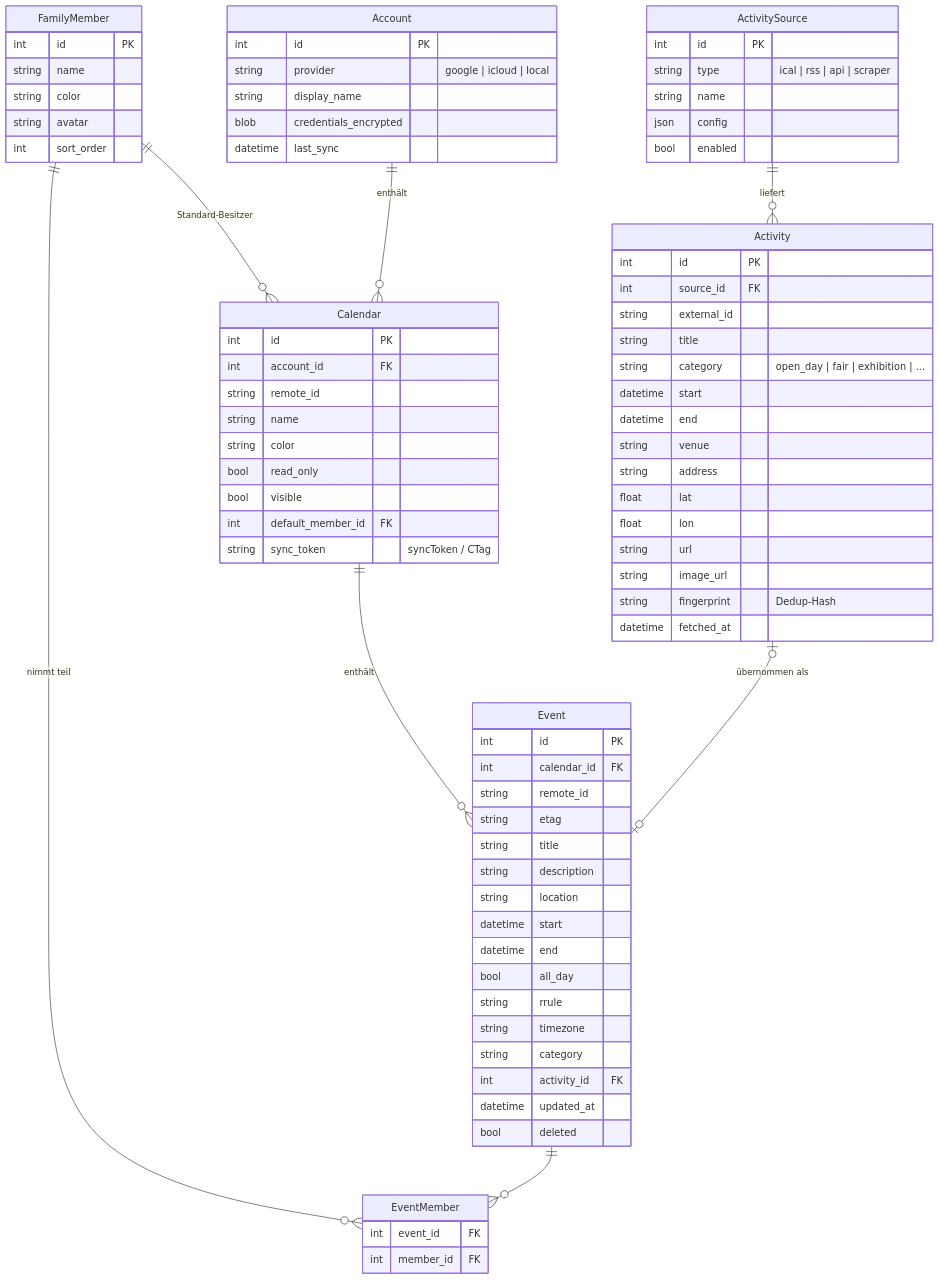
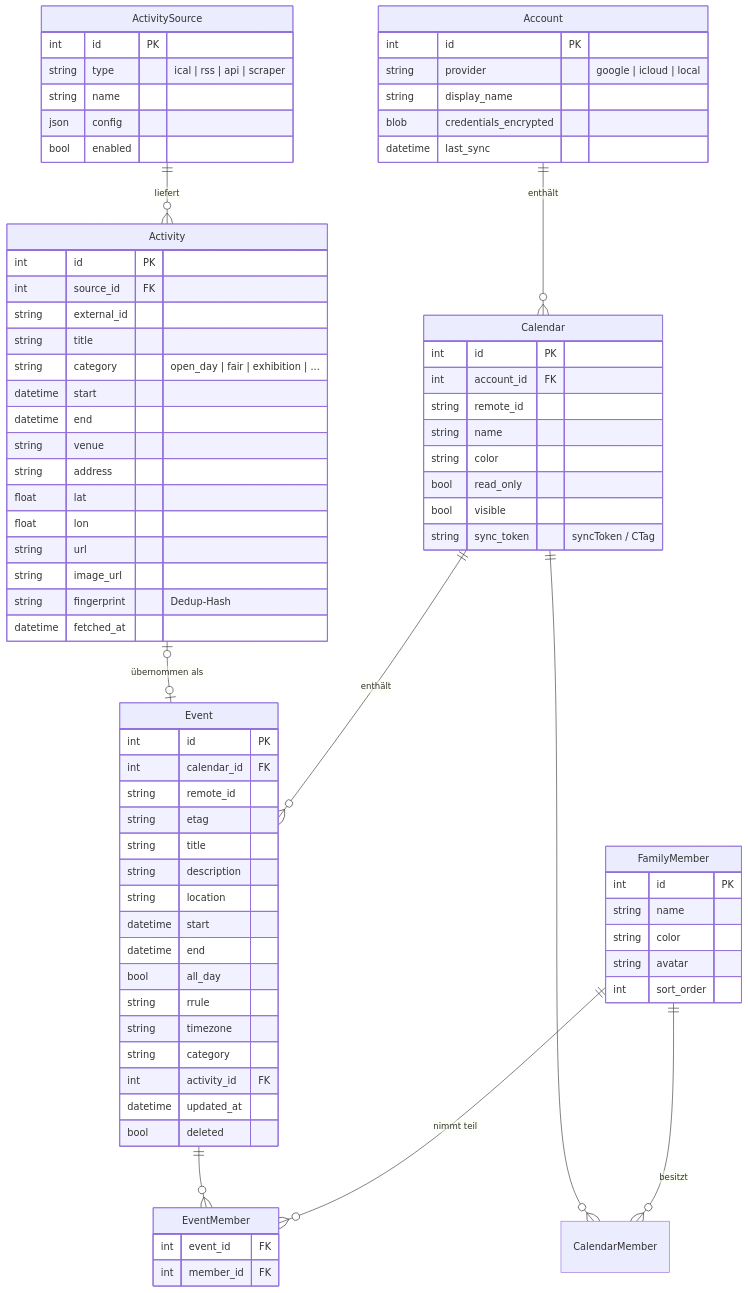
The second of 4 diagrams in familienplaner/docs/ARCHITECTURE.md (VitusM123/VitusM123), drawn with Mermaid before and after one commit. The commit also changed other lines of this file and 22 other files, not shown here.

````diff
--- a/familienplaner/docs/ARCHITECTURE.md
+++ b/familienplaner/docs/ARCHITECTURE.md
@@ -196,82 +196,82 @@
 ```mermaid
 erDiagram
     FamilyMember ||--o{ EventMember : "nimmt teil"
     Event ||--o{ EventMember : ""
     Account ||--o{ Calendar : "enthält"
     Calendar ||--o{ Event : "enthält"
-    FamilyMember ||--o{ Calendar : "Standard-Besitzer"
+    FamilyMember ||--o{ CalendarMember : "besitzt"
+    Calendar ||--o{ CalendarMember : ""
     ActivitySource ||--o{ Activity : "liefert"
     Activity |o--o| Event : "übernommen als"
 
     FamilyMember {
         int id PK
         string name
         string color
         string avatar
         int sort_order
     }
     Account {
         int id PK
         string provider "google | icloud | local"
         string display_name
         blob credentials_encrypted
         datetime last_sync
     }
     Calendar {
         int id PK
         int account_id FK
         string remote_id
         string name
         string color
         bool read_only
         bool visible
-        int default_member_id FK
         string sync_token "syncToken / CTag"
     }
     Event {
         int id PK
         int calendar_id FK
         string remote_id
         string etag
         string title
         string description
         string location
         datetime start
         datetime end
         bool all_day
         string rrule
         string timezone
         string category
         int activity_id FK
         datetime updated_at
         bool deleted
     }
     EventMember {
         int event_id FK
         int member_id FK
     }
     ActivitySource {
         int id PK
         string type "ical | rss | api | scraper"
         string name
         json config
         bool enabled
     }
     Activity {
         int id PK
         int source_id FK
         string external_id
         string title
         string category "open_day | fair | exhibition | ..."
         datetime start
         datetime end
         string venue
         string address
         float lat
         float lon
         string url
         string image_url
         string fingerprint "Dedup-Hash"
         datetime fetched_at
     }
 ```
````
